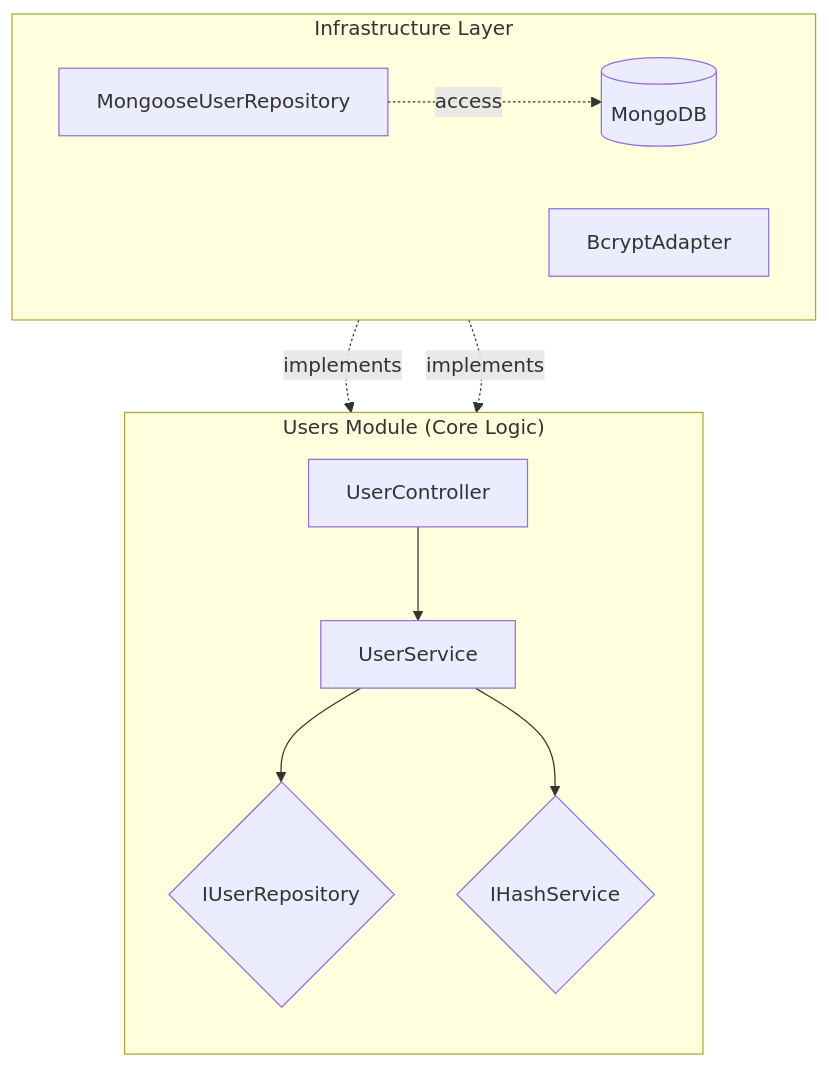
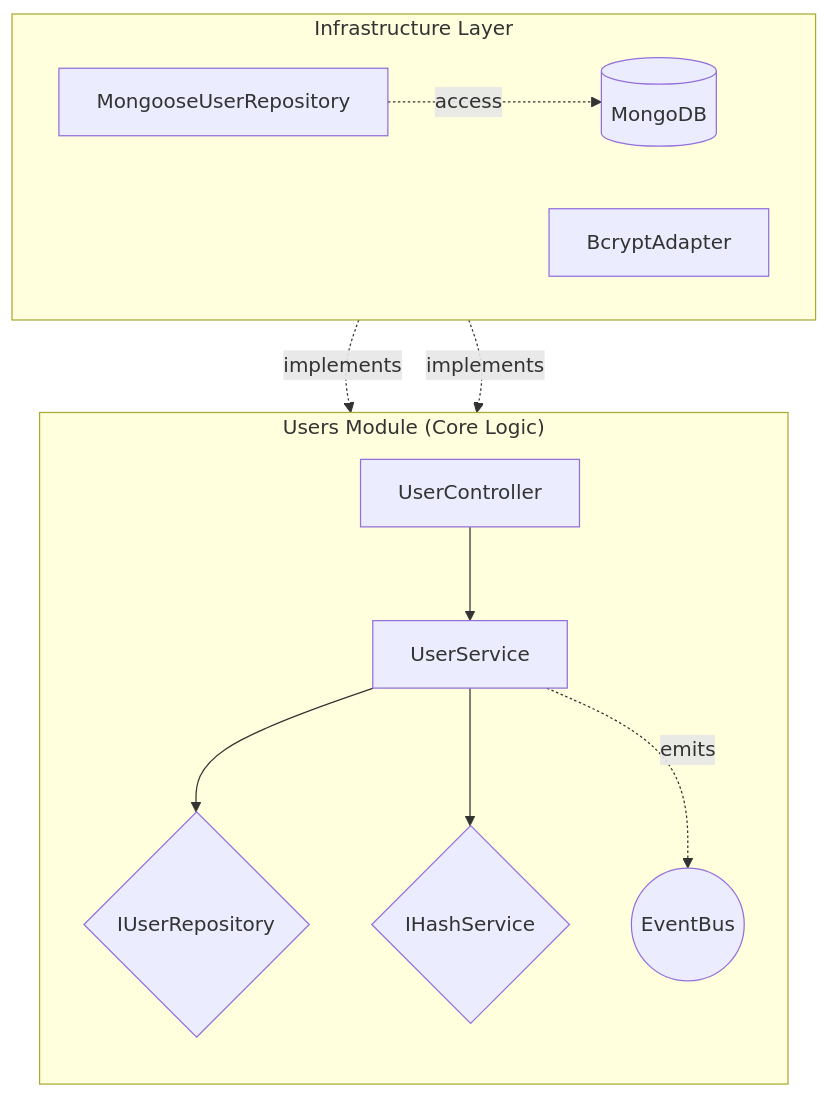
One commit to SangHynh/atomecom changed the first of 5 diagrams in server/src/modules/users/README.md. Above: the diagram before and after it, drawn with Mermaid. The commit also changed other lines of this file and 35 other files, not shown here.

First line of the commit message:
refactor: enhance project architecture, security, and error handling

````diff
--- a/server/src/modules/users/README.md
+++ b/server/src/modules/users/README.md
@@ -31,29 +32,31 @@
 ```mermaid
 flowchart TD
     subgraph Core["Users Module (Core Logic)"]
         direction TB
         UC[UserController]
         US[UserService]
         UR{IUserRepository}
         IHS{IHashService}
+        EB((EventBus))
     end
 
     subgraph Infra["Infrastructure Layer"]
         direction LR
         MUR[MongooseUserRepository]
         BHA[BcryptAdapter]
         DB[(MongoDB)]
     end
 
     %% Main business flow
     UC --> US
     US --> UR
     US --> IHS
+    US -. "emits" .-> EB
 
     %% Dependency Inversion (Realization)
     MUR -. "implements" .-> UR
     BHA -. "implements" .-> IHS
 
     %% External Data Access
     MUR -. "access" .-> DB
 ```
````
